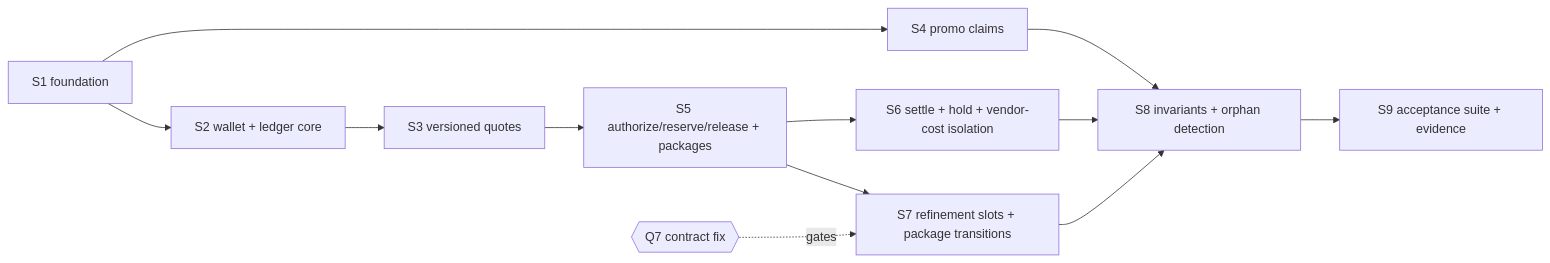
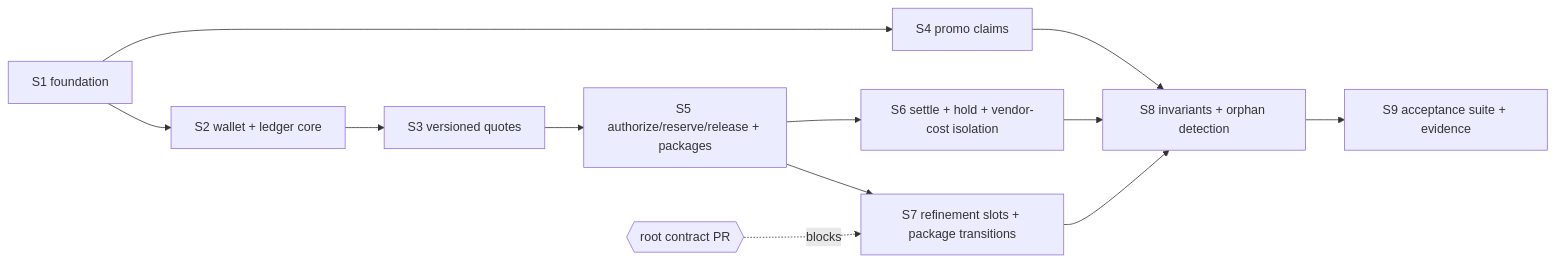
Before and after one commit to TheCrimsonMarket/vynvori: the diagram in docs/implementation/M7-Plan.md, drawn with Mermaid. The commit also changed other lines of this file, not shown here.

First line of the commit message:
docs(m7): record rulings relayed by root on Q1-Q7 (plan rev 3)

````diff
--- a/docs/implementation/M7-Plan.md
+++ b/docs/implementation/M7-Plan.md
@@ -130,14 +130,14 @@
 ```mermaid
 flowchart LR
  S1[S1 foundation] --> S2[S2 wallet + ledger core]
  S1 --> S4[S4 promo claims]
  S2 --> S3[S3 versioned quotes]
  S3 --> S5[S5 authorize/reserve/release + packages]
  S5 --> S6[S6 settle + hold + vendor-cost isolation]
  S5 --> S7[S7 refinement slots + package transitions]
  S4 --> S8[S8 invariants + orphan detection]
  S6 --> S8
  S7 --> S8
  S8 --> S9[S9 acceptance suite + evidence]
- Q7{{Q7 contract fix}} -.gates.-> S7
+ Q7{{root contract PR}} -.blocks.-> S7
 ```
````
